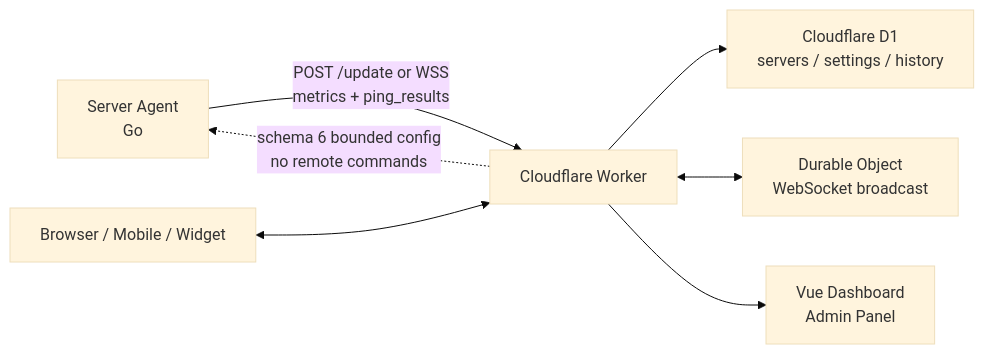
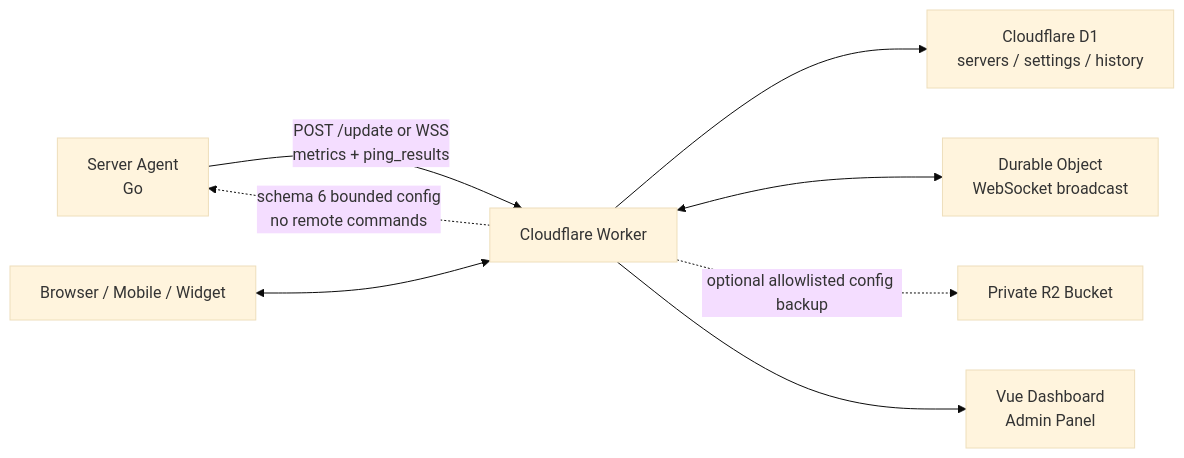
One commit to benbenwu1/CF-Server-Monitor-Komari changed the diagram in README.md. Above: the diagram before and after it, drawn with Mermaid (base theme). The commit also changed other lines of this file and 14 other files, not shown here.

````diff
--- a/README.md
+++ b/README.md
@@ -85,9 +86,10 @@
 ```mermaid
 flowchart LR
   Agent["Server Agent<br/>Go"] -->|"POST /update or WSS<br/>metrics + ping_results"| Worker["Cloudflare Worker"]
   Worker -.->|"schema 6 bounded config<br/>no remote commands"| Agent
   Worker --> D1["Cloudflare D1<br/>servers / settings / history"]
   Worker <--> DO["Durable Object<br/>WebSocket broadcast"]
+  Worker -.->|"optional allowlisted config backup"| R2["Private R2 Bucket"]
   Worker --> Assets["Vue Dashboard<br/>Admin Panel"]
   Browser["Browser / Mobile / Widget"] <--> Worker
 ```
````
